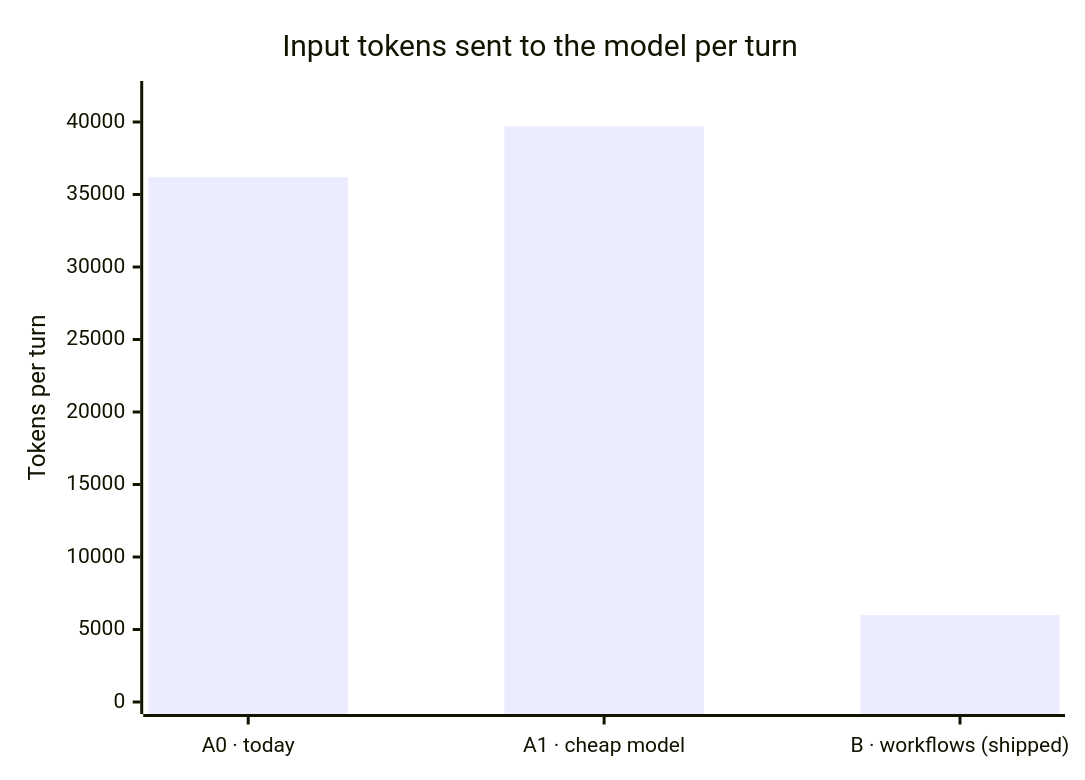
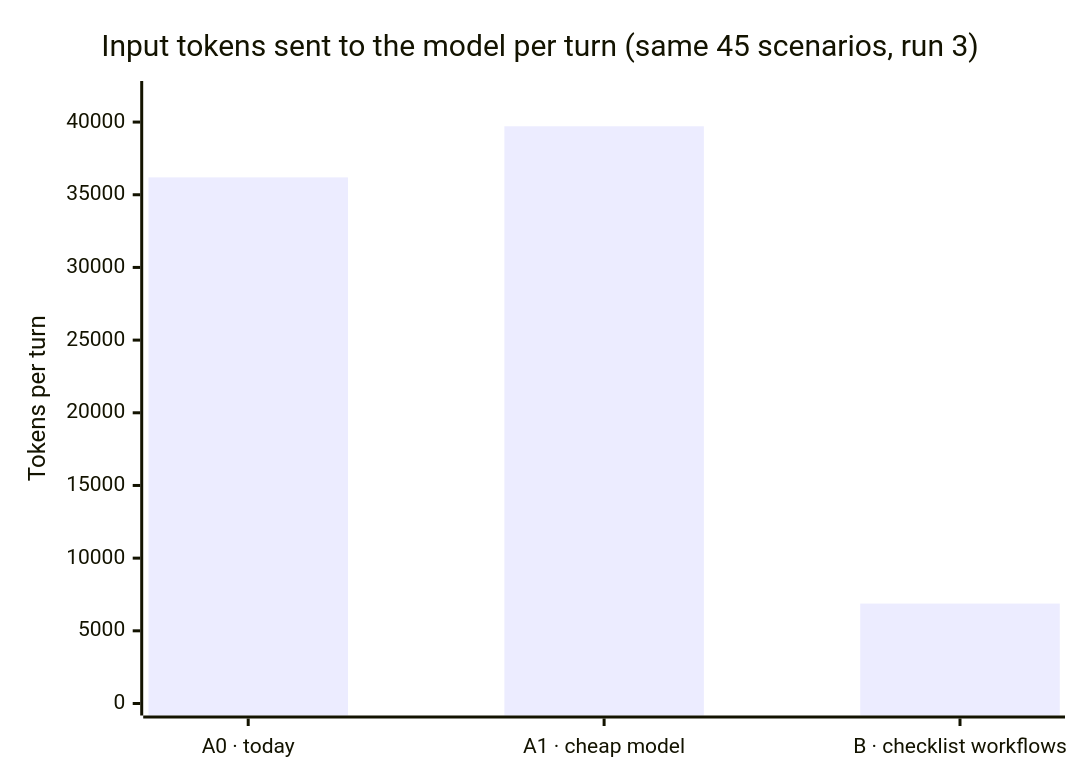
One commit to irfan3838/Builders changed diagram 14 of 22 in submission/PRESENTATION.md. Above: the diagram before and after it, drawn with Mermaid. The commit also changed other lines of this file and 4 other files, not shown here.

First line of the commit message:
docs(submission): fix mixed-run eval numbers, honest cost claims, Tally/Zoho roadmap

````diff
--- a/submission/PRESENTATION.md
+++ b/submission/PRESENTATION.md
@@ -402,7 +402,7 @@
 ```mermaid
 xychart-beta
-    title "Input tokens sent to the model per turn"
-    x-axis ["A0 · today", "A1 · cheap model", "B · workflows (shipped)"]
+    title "Input tokens sent to the model per turn (same 45 scenarios, run 3)"
+    x-axis ["A0 · today", "A1 · cheap model", "B · checklist workflows"]
     y-axis "Tokens per turn" 0 --> 42000
-    bar [36195, 39709, 5993]
+    bar [36195, 39709, 6875]
 ```
````
